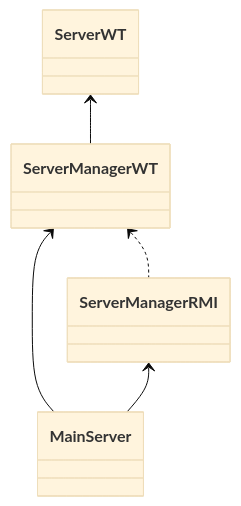
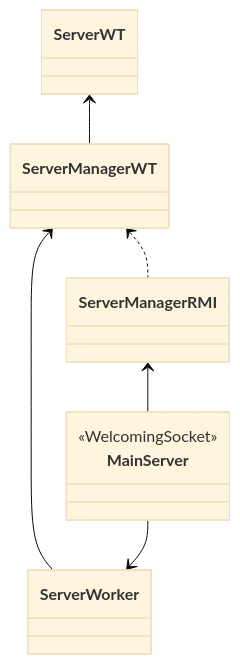
The diagram in GORP/Progetto_relazione_beta.md (Wander29/Reti_esercizi.2020), drawn with Mermaid (base theme) before and after one commit. The commit also changed 5 other files, not shown here.

````diff
--- a/GORP/Progetto_relazione_beta.md
+++ b/GORP/Progetto_relazione_beta.md
@@ -9,13 +9,16 @@
 ```mermaid
 classDiagram
-	class ServerWT{
+	class ServerWT{ }
 	
+	class MainServer{
+		<<WelcomingSocket>>
 	}
 	
 	ServerWT<--ServerManagerWT
-	ServerManagerWT<--MainServer
+	ServerManagerWT<--ServerWorker
 	ServerManagerRMI<--MainServer
 	ServerManagerWT<..ServerManagerRMI
+	MainServer-->ServerWorker
 	
 	
 ```
````
